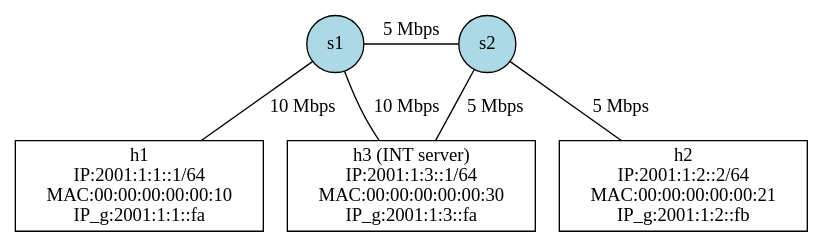
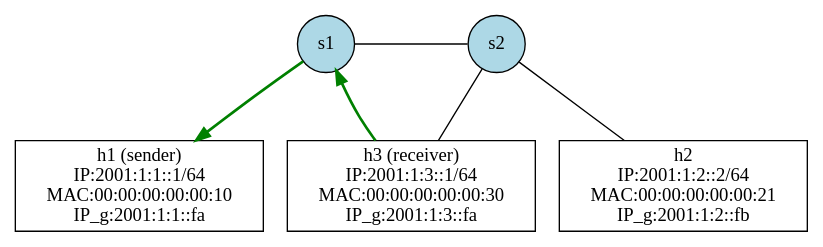
Before and after one commit to Tapananshu17/SRV6_INT_P4: the diagram in srv6int/images/topo_M.dot, drawn with Graphviz. The commit also changed 17 other files, not shown here.

```diff
--- a/srv6int/images/topo_M.dot
+++ b/srv6int/images/topo_M.dot
@@ -1,61 +1,68 @@
 digraph {
-	h1 [label="h1
+	h1 [label="h1 (sender)
 IP:2001:1:1::1/64
 MAC:00:00:00:00:00:10
 IP_g:2001:1:1::fa" shape=rect]
 	h2 [label="h2
 IP:2001:1:2::2/64
 MAC:00:00:00:00:00:21
 IP_g:2001:1:2::fb" shape=rect]
-	h3 [label="h3 (INT server)
+	h3 [label="h3 (receiver)
 IP:2001:1:3::1/64
 MAC:00:00:00:00:00:30
 IP_g:2001:1:3::fa" shape=rect]
 
 s1 [label="s1" shape=circle, style=filled fillcolor=lightblue]
 s2 [label="s2" shape=circle, style=filled fillcolor=lightblue]
 
-	// Normal
-	s1 -> h1 [label="10 Mbps" arrowhead=none]
-	s1 -> h3 [label="10 Mbps" arrowhead=none]
-	s2 -> h2 [label="5 Mbps" arrowhead=none]
-	s2 -> h3 [label="5 Mbps" arrowhead=none]
-	s1 -> s2 [label="5 Mbps" arrowhead=none]
+	// // Normal
+	// s1 -> h1 [label="10 Mbps" arrowhead=none]
+	// s1 -> h3 [label="10 Mbps" arrowhead=none]
+	// s2 -> h2 [label="5 Mbps" arrowhead=none]
+	// s2 -> h3 [label="5 Mbps" arrowhead=none]
+	// s1 -> s2 [label="5 Mbps" arrowhead=none]
 
 	// h3 server loop
 	// s1 -> h1 [label="               " arrowhead=none]
 	// s1 -> h3 [label="               " dir=back color=blue style=bold]
 	// s2 -> h2 [label="               " arrowhead=none]
 	// s2 -> h3 [label="               " color=blue style=bold]
 	// s1 -> s2 [label="               " color=blue style=bold]
 
 	// // sender
 	// s1 -> h1 [label="               " dir=back color=red style=bold]
 	// s1 -> h3 [label="               " arrowhead=none]
 	// s2 -> h2 [label="               " arrowhead=none]
 	// s2 -> h3 [label="               " color=red style=bold]
 	// s1 -> s2 [label="               " color=red style=bold]
 
-	// // receiver
-	// s1 -> h1 [label="               " color=green style=bold]
-	// s1 -> h3 [label="               " arrowhead=none]
+	// // normal routing
+	// s1 -> h1 [label="               " dir=back color=red style=bold]
+	// s1 -> h3 [label="               " color=red style=bold]
 	// s2 -> h2 [label="               " arrowhead=none]
-	// s2 -> h3 [label="               " dir=back color=green style=bold]
-	// s1 -> s2 [label="               " dir = back color=green style=bold]
+	// s2 -> h3 [label="               " arrowhead=none]
+	// s1 -> s2 [label="               " arrowhead=none]
+
+	// receiver
+	s1 -> h1 [label="               " color=green style=bold]
+	s1 -> h3 [label="               " dir=back style=bold color=green]
+	s2 -> h2 [label="               " arrowhead=none]
+	s2 -> h3 [label="               " arrowhead=none]
+	s1 -> s2 [label="               " arrowhead=none]
 
 	// // flood
 	// s1 -> h1 [label="               " dir =back color=red style=bold]
 	// s1 -> h3 [label="               " arrowhead=none]
 	// s2 -> h3 [label="               " arrowhead=none]
 	// s2 -> h2 [label="               " color=red style=bold]
 	// s1 -> s2 [label="               " color=red style=bold]
 
 	// // flood + probes
 	// s1 -> h1 [label="               " dir=back color=red style=bold]
 	// s1 -> h3 [label="               " dir=back color=blue]
 	// s2 -> h3 [label="               " color=blue]
 	// s2 -> h2 [label="               " color=red style=bold]
 	// s1 -> s2 [label="               " color="#80005c" style=bold]
 
     {rank=same; s1,s2}
 }
```
